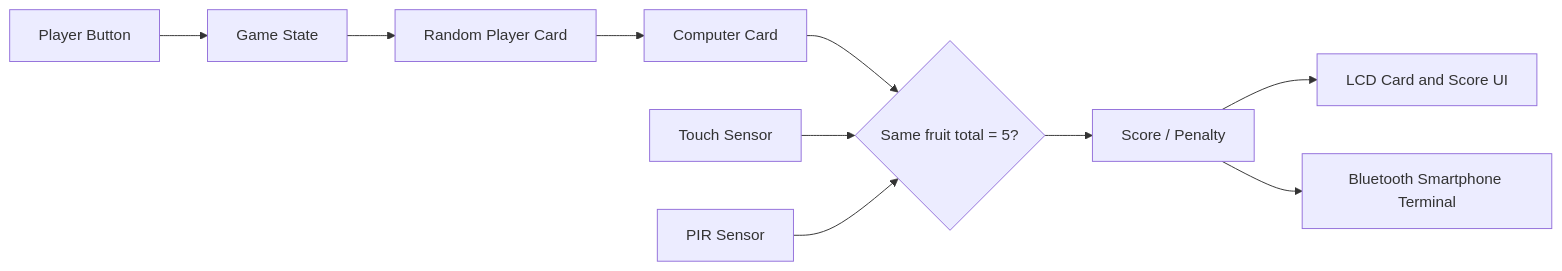
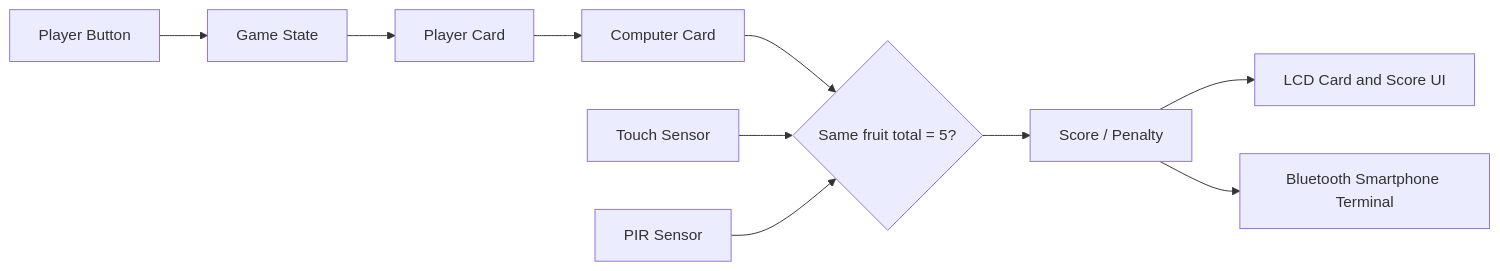
Before and after one commit to Mindarinda47/stm32-halli-galli-system: the diagram in README.md, drawn with Mermaid. The commit also changed other lines of this file and 3 other files, not shown here.

````diff
--- a/README.md
+++ b/README.md
@@ -32,12 +18,12 @@
 ```mermaid
 flowchart LR
   BTN[Player Button] --> GS[Game State]
-  GS --> PCARD[Random Player Card]
+  GS --> PCARD[Player Card]
   PCARD --> CCARD[Computer Card]
   CCARD --> CHECK{Same fruit total = 5?}
   TOUCH[Touch Sensor] --> CHECK
   PIR[PIR Sensor] --> CHECK
   CHECK --> SCORE[Score / Penalty]
   SCORE --> LCD[LCD Card and Score UI]
   SCORE --> COM[Bluetooth Smartphone Terminal]
 ```
````
